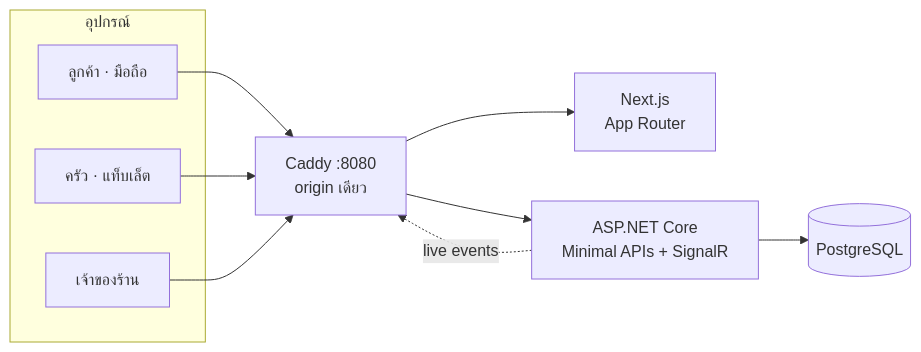
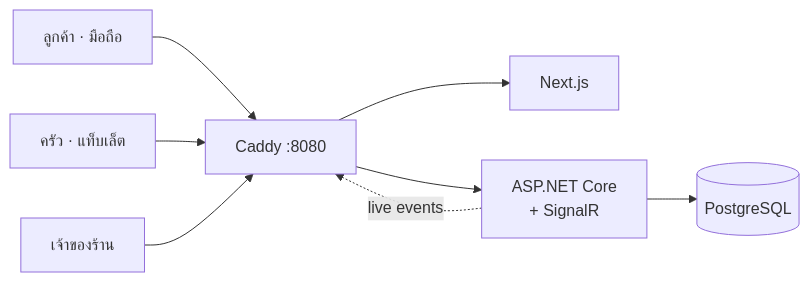
One commit to hirun-2542/foodqueue changed the diagram in README.md. Above: the diagram before and after it, drawn with Mermaid.

Commit message:
docs: flatten the architecture diagram so it needs no zoom

````diff
--- a/README.md
+++ b/README.md
@@ -115,19 +115,18 @@
 ```mermaid
 flowchart LR
-  subgraph devices["อุปกรณ์"]
-    C[ลูกค้า · มือถือ]
-    K[ครัว · แท็บเล็ต]
-    O[เจ้าของร้าน]
-  end
-
-  Caddy["Caddy :8080<br/>origin เดียว"]
-  Web["Next.js<br/>App Router"]
-  Api["ASP.NET Core<br/>Minimal APIs + SignalR"]
+  C[ลูกค้า · มือถือ]
+  K[ครัว · แท็บเล็ต]
+  O[เจ้าของร้าน]
+  Caddy["Caddy :8080"]
+  Web["Next.js"]
+  Api["ASP.NET Core<br/>+ SignalR"]
   Db[("PostgreSQL")]
 
-  C & K & O --> Caddy
+  C --> Caddy
+  K --> Caddy
+  O --> Caddy
   Caddy --> Web
   Caddy --> Api
   Api --> Db
   Api -. live events .-> Caddy
 ```
````
